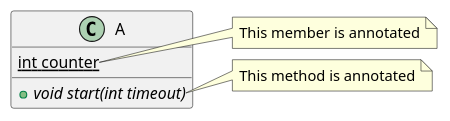
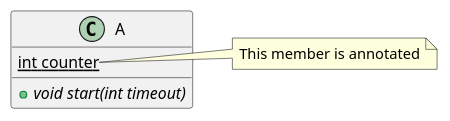
One commit to studykit/studykit-marketplace changed diagram 13 of 13 in plugins/plantuml/skills/class-diagram/SKILL.md. Above: the diagram before and after it, drawn with PlantUML. The commit also changed other lines of this file and 9 other files, not shown here.

First line of the commit message:
refactor: trim PlantUML skill SKILL.md files and extract advanced references

````diff
--- a/plugins/plantuml/skills/class-diagram/SKILL.md
+++ b/plugins/plantuml/skills/class-diagram/SKILL.md
@@ -572,16 +209,12 @@
 ```plantuml
 @startuml
 class A {
   {static} int counter
   +void {abstract} start(int timeout)
 }
 
 note right of A::counter
   This member is annotated
 end note
-
-note right of A::"start(int timeout)"
-  This method is annotated
-end note
 @enduml
 ```
````
